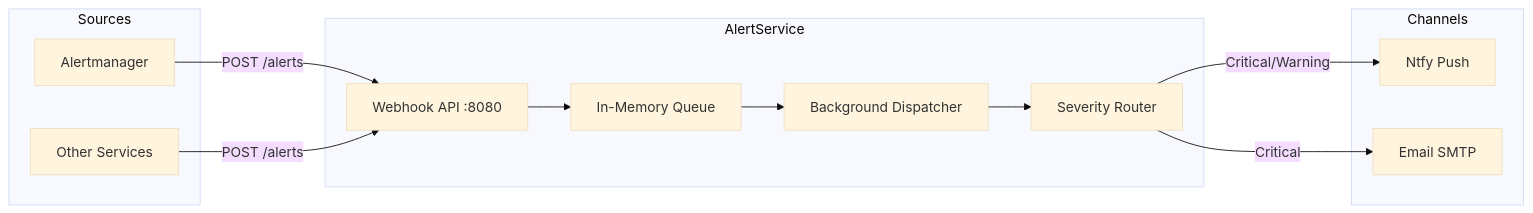
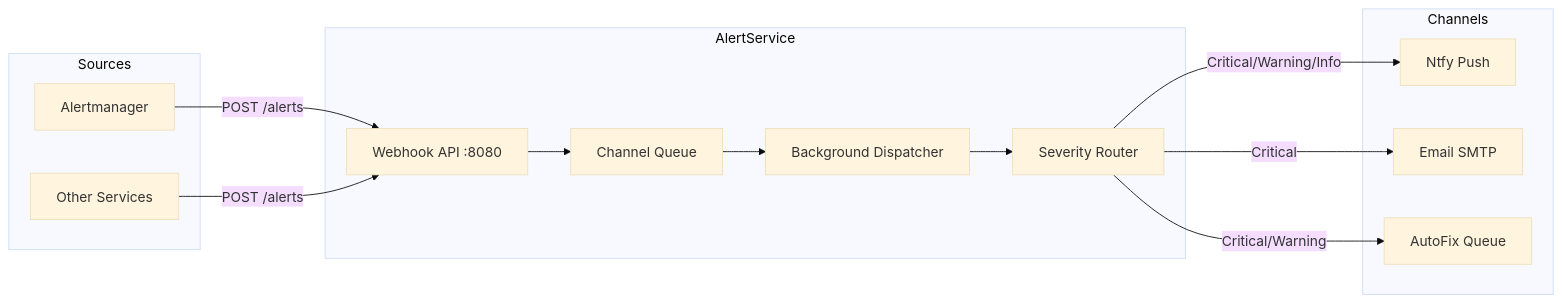
Before and after one commit to jpansarasa/ATLAS-Docs: the diagram in AlertService/README.md, drawn with Mermaid (base theme). The commit also changed other lines of this file and 17 other files, not shown here.

````diff
--- a/AlertService/README.md
+++ b/AlertService/README.md
@@ -11,26 +11,28 @@
 ```mermaid
 flowchart LR
     subgraph Sources
         AM[Alertmanager]
-        APPS[Other Services]
+        SVC[Other Services]
     end
 
     subgraph AlertService
         API[Webhook API :8080]
-        QUEUE[In-Memory Queue]
+        QUEUE[Channel Queue]
         DISPATCH[Background Dispatcher]
         ROUTER[Severity Router]
     end
 
     subgraph Channels
         NTFY[Ntfy Push]
         EMAIL[Email SMTP]
+        AUTOFIX[AutoFix Queue]
     end
 
-    AM & APPS -->|POST /alerts| API
+    AM & SVC -->|POST /alerts| API
     API --> QUEUE
     QUEUE --> DISPATCH
     DISPATCH --> ROUTER
-    ROUTER -->|Critical/Warning| NTFY
+    ROUTER -->|Critical/Warning/Info| NTFY
     ROUTER -->|Critical| EMAIL
+    ROUTER -->|Critical/Warning| AUTOFIX
 ```
````
